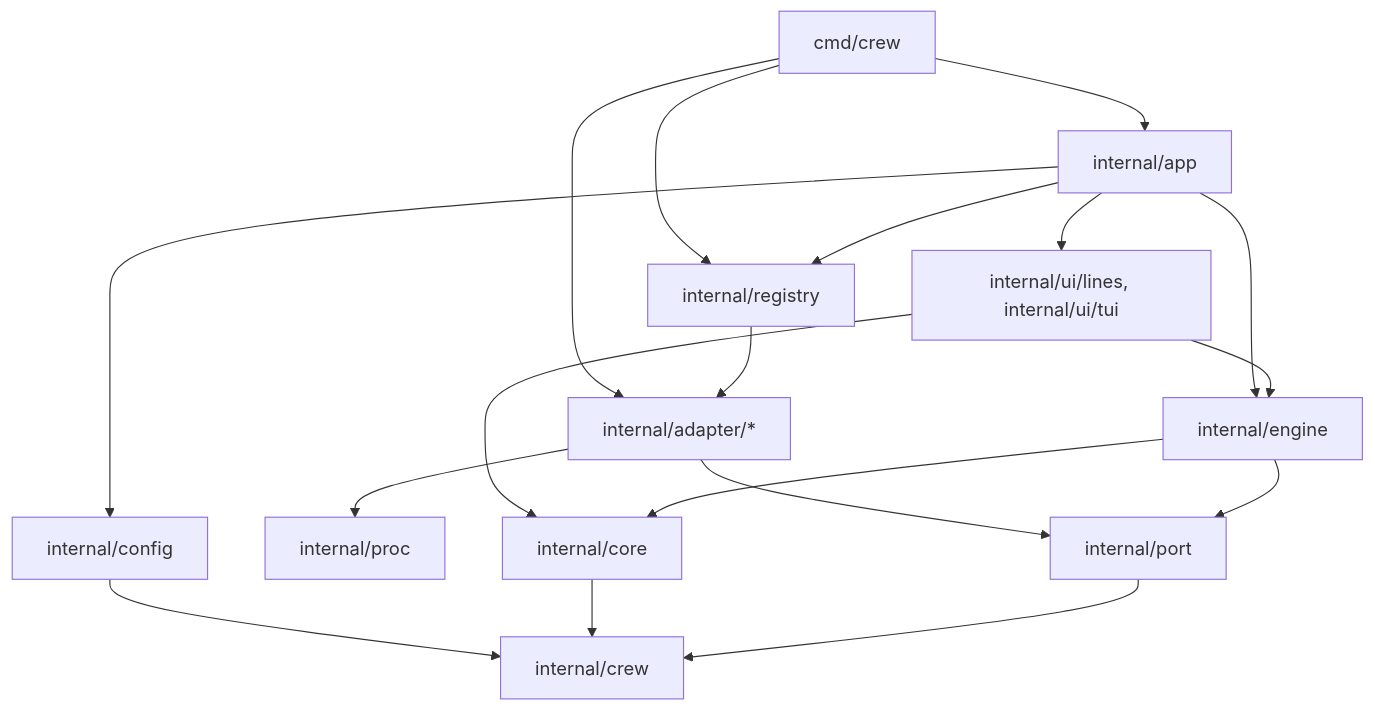
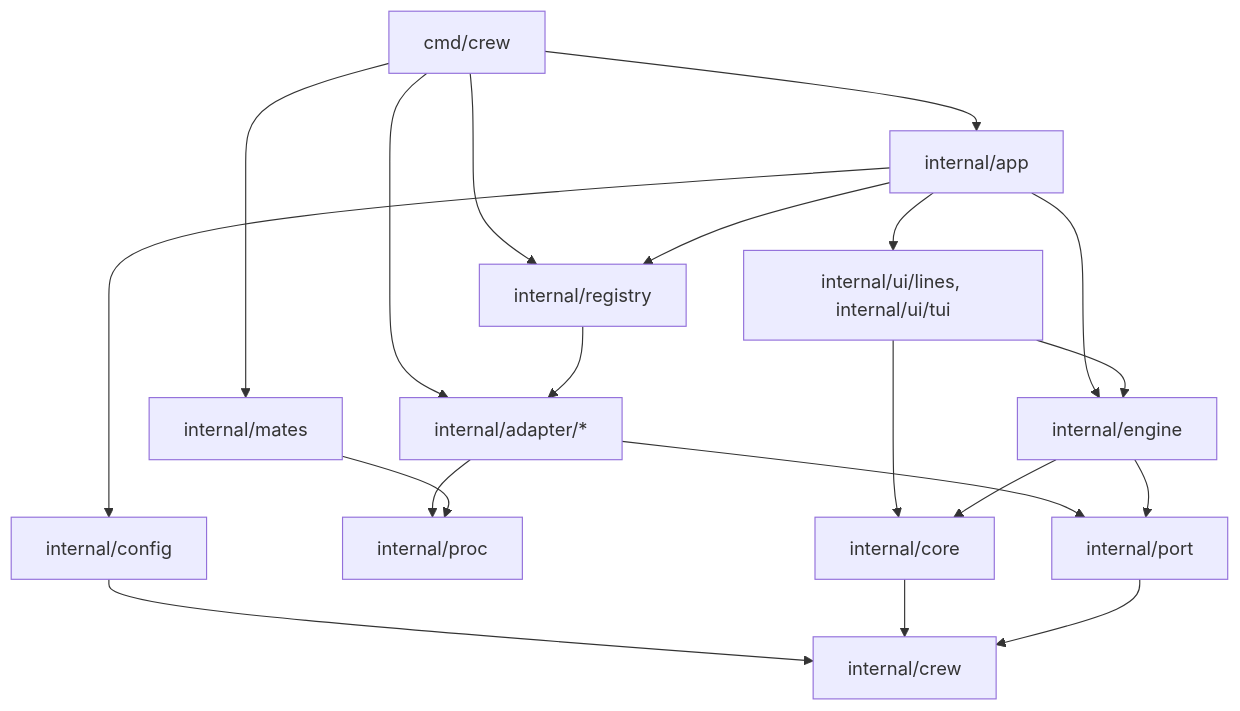
The first of 3 diagrams in docs/develop/architecture.mdx (thatsnotmynameio/crew), drawn with Mermaid before and after one commit. The commit also changed other lines of this file and 5 other files, not shown here.

````diff
--- a/docs/develop/architecture.mdx
+++ b/docs/develop/architecture.mdx
@@ -42,20 +43,22 @@
 ```mermaid
 flowchart TB
   MAIN["cmd/crew"] --> APP["internal/app"]
   MAIN --> REG["internal/registry"]
   MAIN --> AD
   APP --> REG
   APP --> CFG["internal/config"]
   APP --> ENG["internal/engine"]
   APP --> UI["internal/ui/lines, internal/ui/tui"]
   REG --> AD["internal/adapter/*"]
   AD --> PROC["internal/proc"]
   AD --> PORT["internal/port"]
   UI --> ENG
   UI --> CORE["internal/core"]
   ENG --> CORE
   ENG --> PORT
   CFG --> CREW["internal/crew"]
   CORE --> CREW
   PORT --> CREW
+  MAIN --> MATES["internal/mates"]
+  MATES --> PROC
 ```
````
